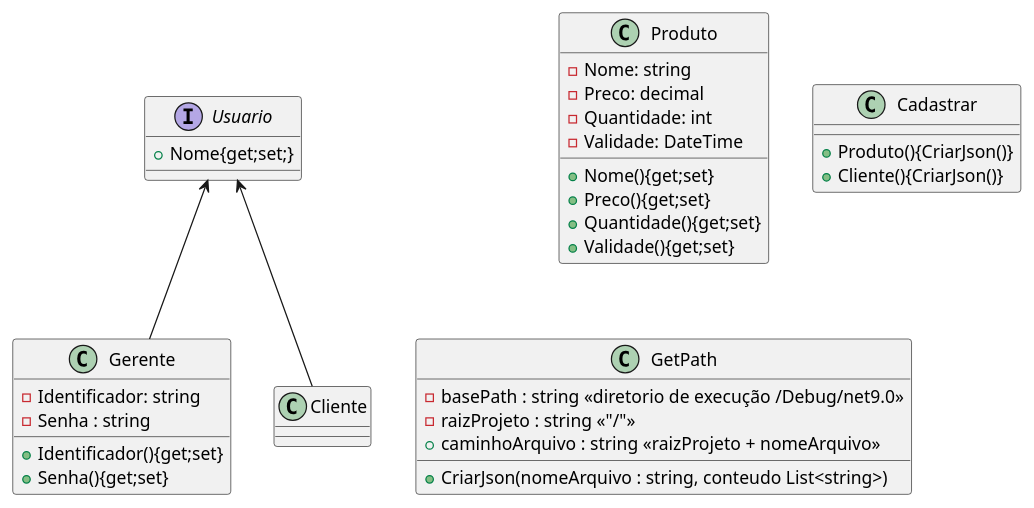
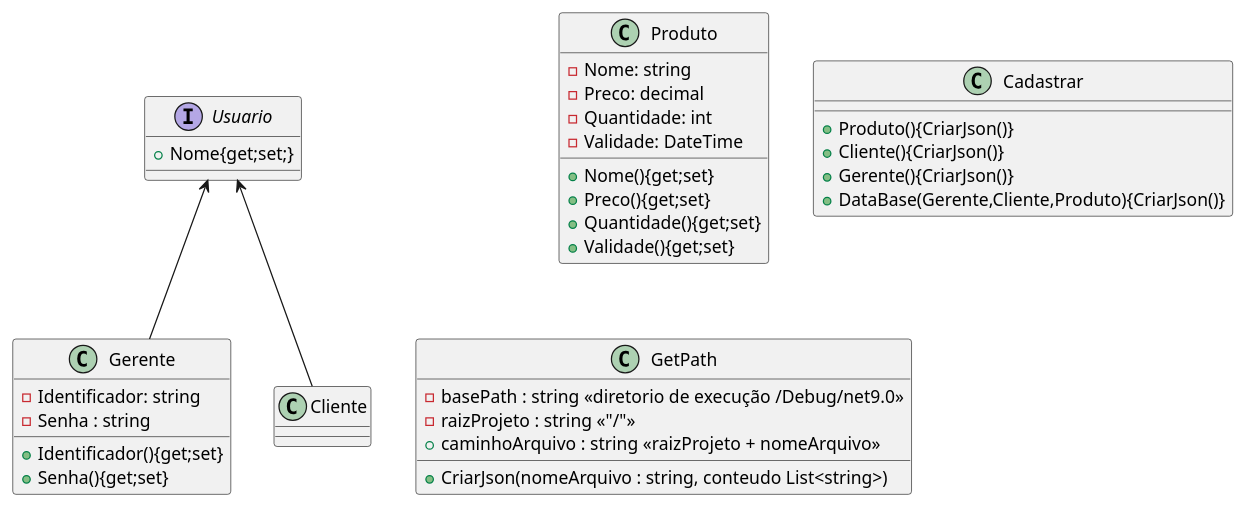
The diagram in SuperMercado/documents/models/classes.puml (Bruthalles/thacsharp1), drawn with PlantUML before and after one commit. The commit also changed 62 other files, not shown here.

```diff
--- a/SuperMercado/documents/models/classes.puml
+++ b/SuperMercado/documents/models/classes.puml
@@ -1,39 +1,41 @@
 @startuml Classes 
 
 interface Usuario{
     + Nome{get;set;}
 }
 class Gerente{
     - Identificador: string
     - Senha : string
     + Identificador(){get;set}
     + Senha(){get;set}
 }
 
 Cliente -up-> Usuario
 Gerente -up-> Usuario
 
 class Produto{
     - Nome: string
     - Preco: decimal
     - Quantidade: int
     - Validade: DateTime
 
     + Nome(){get;set}
     + Preco(){get;set}
     + Quantidade(){get;set}
     + Validade(){get;set}
 }
 class Cadastrar{
     + Produto(){CriarJson()}
     + Cliente(){CriarJson()}
+    + Gerente(){CriarJson()}
+    + DataBase(Gerente,Cliente,Produto){CriarJson()}
 
 }
 
 class GetPath{
     - basePath : string <<diretorio de execução /Debug/net9.0>>
     - raizProjeto : string <<"/">>
     + caminhoArquivo : string <<raizProjeto + nomeArquivo>>
    + CriarJson(nomeArquivo : string, conteudo List<string>)
 }
 @enduml
```
